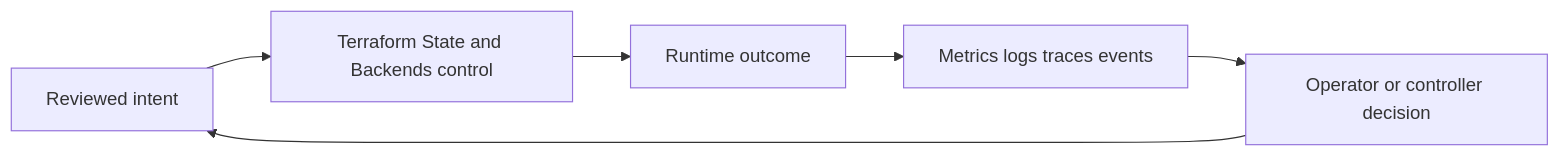
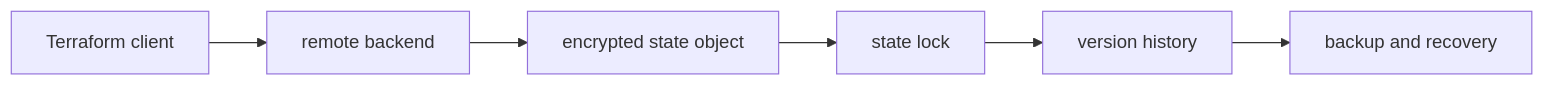
Before and after one commit to m1mohamad/devops-sre-prep: the diagram in docs/study/iac/02-terraform-state-and-backends.md, drawn with Mermaid. The commit also changed other lines of this file and 61 other files, not shown here.

Commit message:
Replace generic architecture and study templates

````diff
--- a/docs/study/iac/02-terraform-state-and-backends.md
+++ b/docs/study/iac/02-terraform-state-and-backends.md
@@ -20,8 +15,4 @@
 ```mermaid
 flowchart LR
-  Intent[Reviewed intent] --> Control[Terraform State and Backends control]
-  Control --> Runtime[Runtime outcome]
-  Runtime --> Signals[Metrics logs traces events]
-  Signals --> Decision[Operator or controller decision]
-  Decision --> Intent
+  N0[Terraform client] --> N1[remote backend] --> N2[encrypted state object] --> N3[state lock] --> N4[version history] --> N5[backup and recovery]
 ```
````
